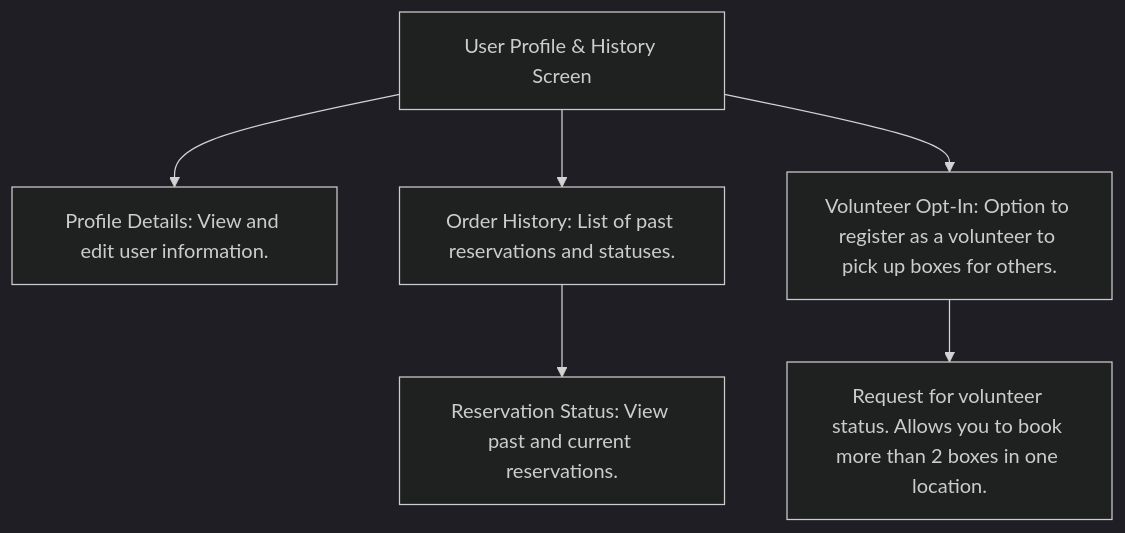
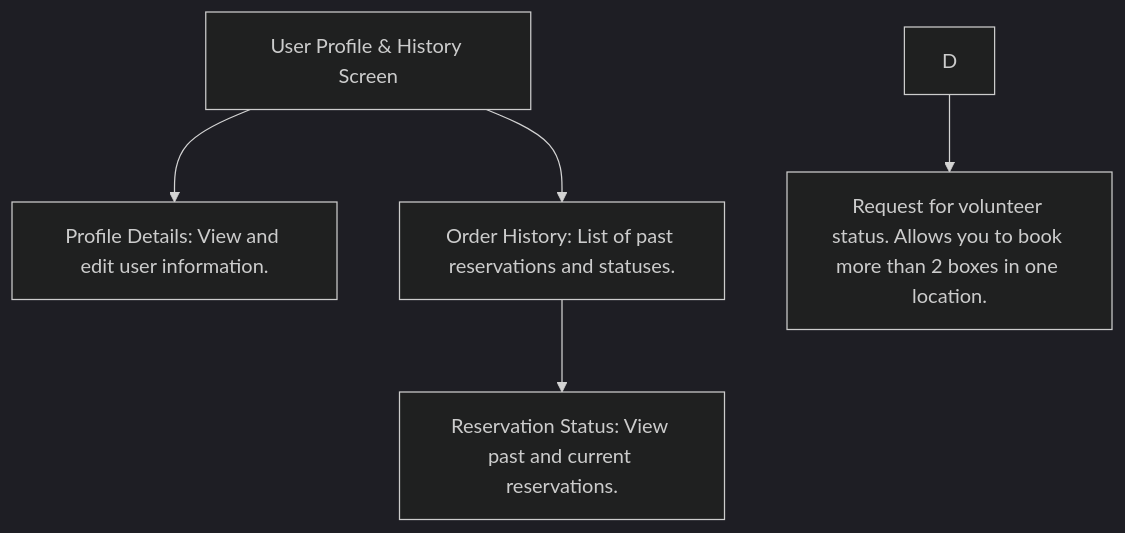
The fourth of 5 diagrams in ConceptInterfaces.md (vanakenm/hyf-frontend-template), drawn with Mermaid (dark theme) before and after one commit. The commit also changed other lines of this file, not shown here.

````diff
--- a/ConceptInterfaces.md
+++ b/ConceptInterfaces.md
@@ -43,9 +43,8 @@
 ```mermaid
 graph TD
     A[User Profile & History Screen] --> B[Profile Details: View and edit user information.]
     A --> C[Order History: List of past reservations and statuses.]
-    A --> D[Volunteer Opt-In: Option to register as a volunteer to pick up boxes for others.]
 
     C --> C1[Reservation Status: View past and current reservations.]
     D --> D1[Request for volunteer status. Allows you to book more than 2 boxes in one location.]
 ```
````
